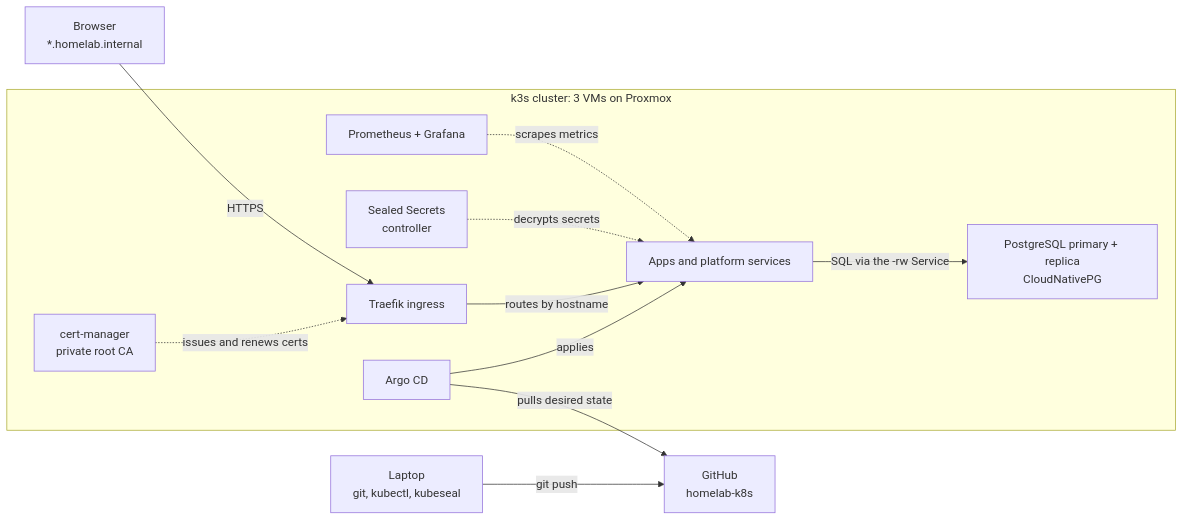
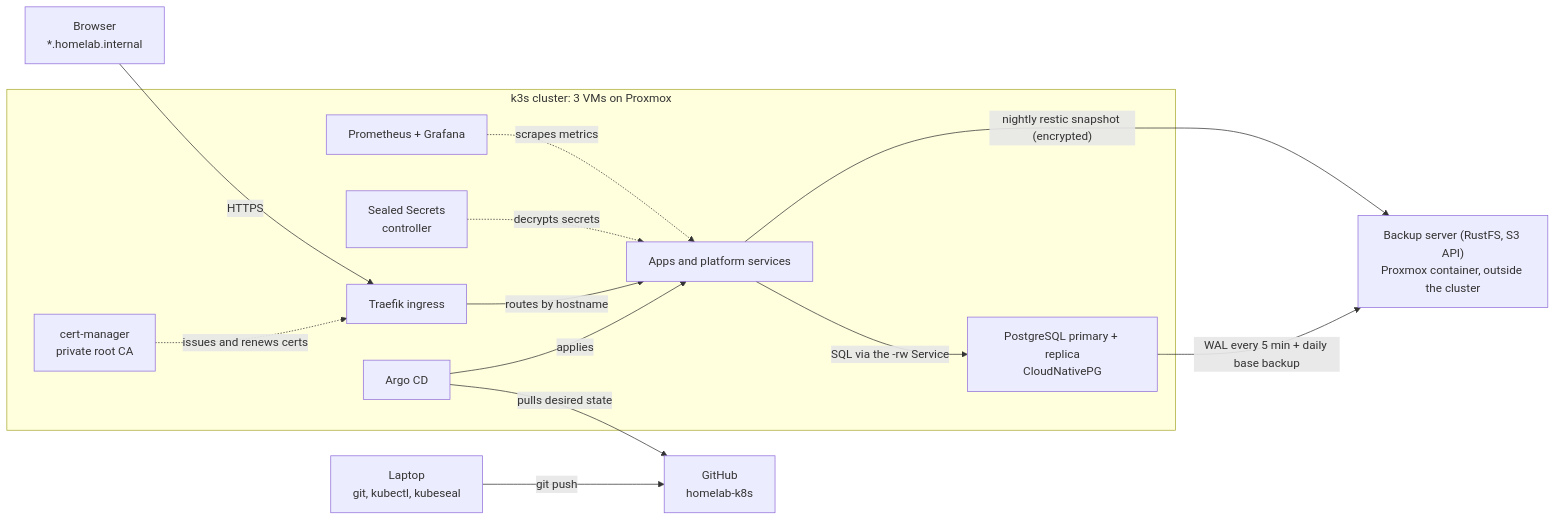
The diagram in README.md (ivanwe2/homelab-k8s), drawn with Mermaid before and after one commit. The commit also changed other lines of this file and 2 other files, not shown here.

````diff
--- a/README.md
+++ b/README.md
@@ -22,14 +23,16 @@
 ```mermaid
 flowchart LR
   dev["Laptop<br/>git, kubectl, kubeseal"] -->|git push| gh["GitHub<br/>homelab-k8s"]
   subgraph cluster["k3s cluster: 3 VMs on Proxmox"]
     argo["Argo CD"] -->|applies| apps["Apps and platform services"]
     traefik["Traefik ingress"] -->|routes by hostname| apps
     cm["cert-manager<br/>private root CA"] -.->|issues and renews certs| traefik
     ss["Sealed Secrets<br/>controller"] -.->|decrypts secrets| apps
     prom["Prometheus + Grafana"] -.->|scrapes metrics| apps
     apps -->|"SQL via the -rw Service"| pg["PostgreSQL primary + replica<br/>CloudNativePG"]
   end
+  pg -->|"WAL every 5 min + daily base backup"| s3["Backup server (RustFS, S3 API)<br/>Proxmox container, outside the cluster"]
+  apps -->|"nightly restic snapshot (encrypted)"| s3
   argo -->|pulls desired state| gh
   user["Browser<br/>*.homelab.internal"] -->|HTTPS| traefik
 ```
````
